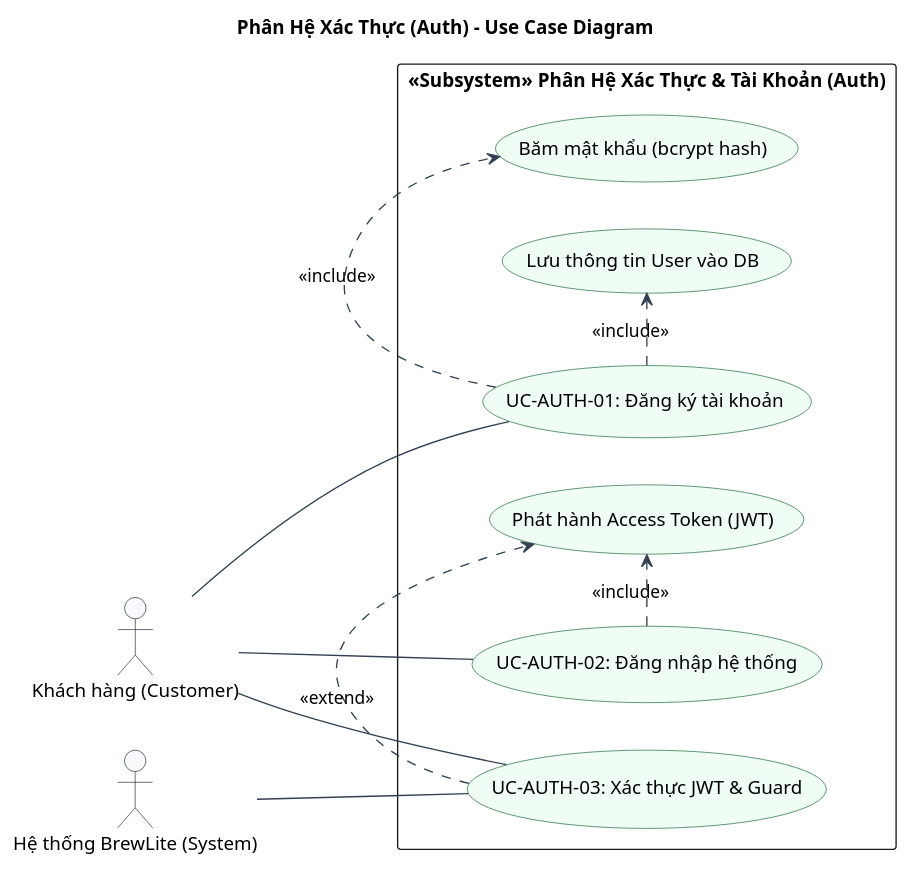
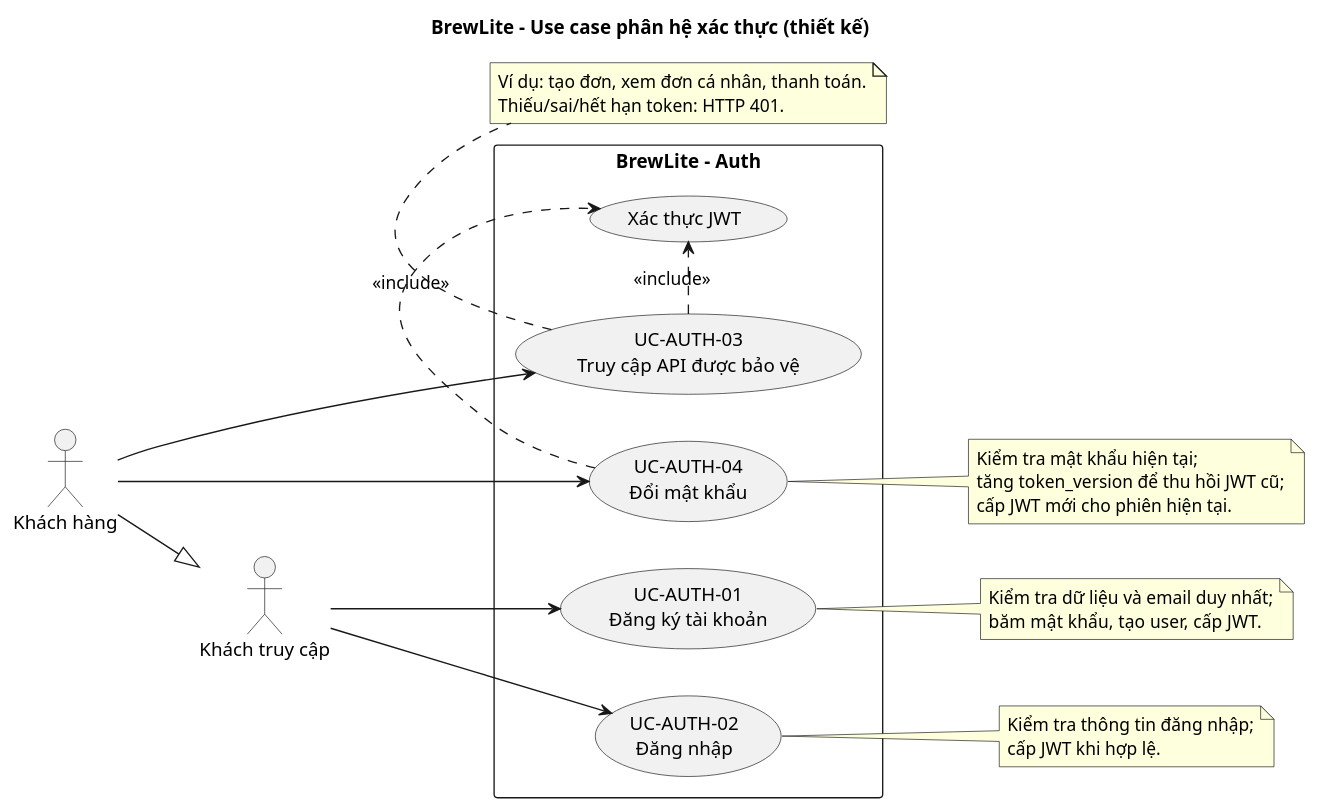
Before and after one commit to Call-MeK/BrewLite_assignment: the diagram in docs/auth/usecase-auth.puml, drawn with PlantUML. The commit also changed 30 other files, not shown here.

```diff
--- a/docs/auth/usecase-auth.puml
+++ b/docs/auth/usecase-auth.puml
@@ -1,43 +1,48 @@
 @startuml
-title Phân Hệ Xác Thực (Auth) - Use Case Diagram
+title BrewLite - Use case phân hệ xác thực (thiết kế)
 left to right direction
 skinparam packageStyle rectangle
 skinparam shadowing false
 skinparam defaultFontName Arial
 
-skinparam actor {
-    BackgroundColor #F8FAFC
-    BorderColor #1E293B
+actor "Khách truy cập" as Guest
+actor "Khách hàng" as Customer
+Customer --|> Guest
+
+rectangle "BrewLite - Auth" {
+  usecase "UC-AUTH-01\nĐăng ký tài khoản" as Register
+  usecase "UC-AUTH-02\nĐăng nhập" as Login
+  usecase "UC-AUTH-03\nTruy cập API được bảo vệ" as Protected
+  usecase "UC-AUTH-04\nĐổi mật khẩu" as ChangePassword
+  usecase "Xác thực JWT" as Verify
+
+  Protected .> Verify : <<include>>
+  ChangePassword .> Verify : <<include>>
 }
 
-skinparam usecase {
-    BackgroundColor #F0FDF4
-    BorderColor #166534
-    ArrowColor #334155
-}
+Guest --> Register
+Guest --> Login
+Customer --> Protected
+Customer --> ChangePassword
 
-actor "Khách hàng (Customer)" as Customer
-actor "Hệ thống BrewLite (System)" as System
+note right of Register
+  Kiểm tra dữ liệu và email duy nhất;
+  băm mật khẩu, tạo user, cấp JWT.
+end note
 
-rectangle "«Subsystem» Phân Hệ Xác Thực & Tài Khoản (Auth)" {
-    usecase "UC-AUTH-01: Đăng ký tài khoản" as UC_Register
-    usecase "UC-AUTH-02: Đăng nhập hệ thống" as UC_Login
-    usecase "UC-AUTH-03: Xác thực JWT & Guard" as UC_VerifyToken
-    usecase "Băm mật khẩu (bcrypt hash)" as UC_HashPassword
-    usecase "Phát hành Access Token (JWT)" as UC_IssueJWT
-    usecase "Lưu thông tin User vào DB" as UC_SaveUser
+note right of Login
+  Kiểm tra thông tin đăng nhập;
+  cấp JWT khi hợp lệ.
+end note
 
-    UC_Register .> UC_HashPassword : <<include>>
-    UC_Register .> UC_SaveUser : <<include>>
-    
-    UC_Login .> UC_IssueJWT : <<include>>
-    UC_VerifyToken .> UC_IssueJWT : <<extend>>
-}
+note bottom of Protected
+  Ví dụ: tạo đơn, xem đơn cá nhân, thanh toán.
+  Thiếu/sai/hết hạn token: HTTP 401.
+end note
 
-Customer -- UC_Register
-Customer -- UC_Login
-Customer -- UC_VerifyToken
-
-System -- UC_VerifyToken
-
+note right of ChangePassword
+  Kiểm tra mật khẩu hiện tại;
+  tăng token_version để thu hồi JWT cũ;
+  cấp JWT mới cho phiên hiện tại.
+end note
 @enduml
```
